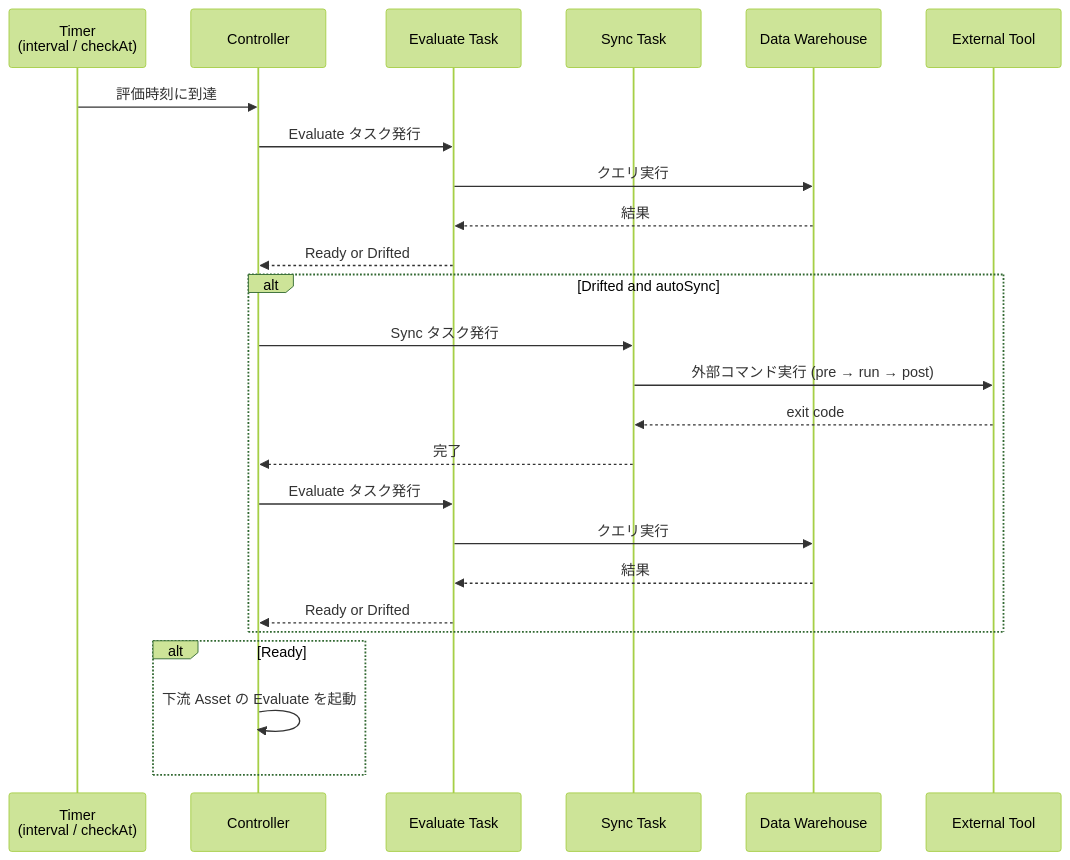
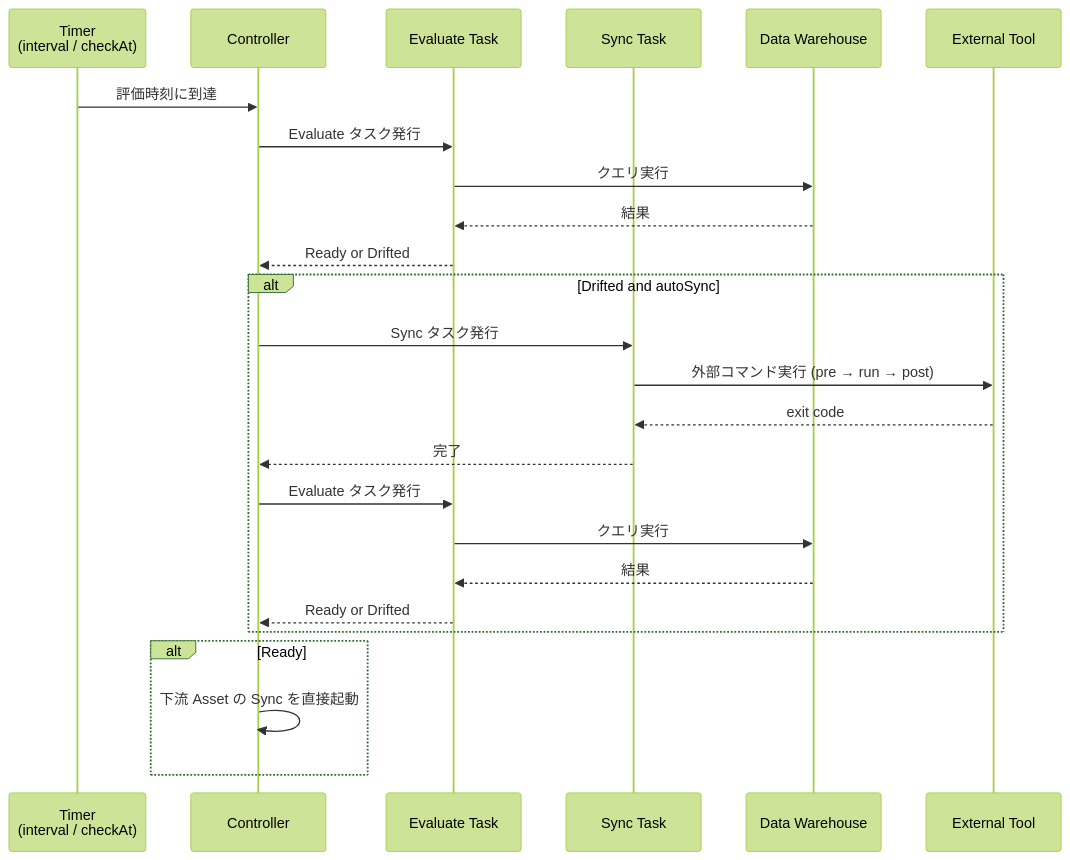
Before and after one commit to nagi-project/nagi: the first of 4 diagrams in docs/architecture/serve.md, drawn with Mermaid (forest theme). The commit also changed other lines of this file and 19 other files, not shown here.

First line of the commit message:
feat: add evaluate/sync concurrency limits per Controller

````diff
--- a/docs/architecture/serve.md
+++ b/docs/architecture/serve.md
@@ -9,30 +9,30 @@
 ```mermaid
 sequenceDiagram
     participant Timer as Timer<br>(interval / checkAt)
     participant Controller
     participant EvalTask as Evaluate Task
     participant SyncTask as Sync Task
     participant DWH as Data Warehouse
     participant CLI as External Tool
 
     Timer->>Controller: 評価時刻に到達
     Controller->>EvalTask: Evaluate タスク発行
     EvalTask->>DWH: クエリ実行
     DWH-->>EvalTask: 結果
     EvalTask-->>Controller: Ready or Drifted
 
     alt Drifted and autoSync
         Controller->>SyncTask: Sync タスク発行
         SyncTask->>CLI: 外部コマンド実行 (pre → run → post)
         CLI-->>SyncTask: exit code
         SyncTask-->>Controller: 完了
         Controller->>EvalTask: Evaluate タスク発行
         EvalTask->>DWH: クエリ実行
         DWH-->>EvalTask: 結果
         EvalTask-->>Controller: Ready or Drifted
     end
 
     alt Ready
-        Controller->>Controller: 下流 Asset の Evaluate を起動
+        Controller->>Controller: 下流 Asset の Sync を直接起動
     end
 ```
````
